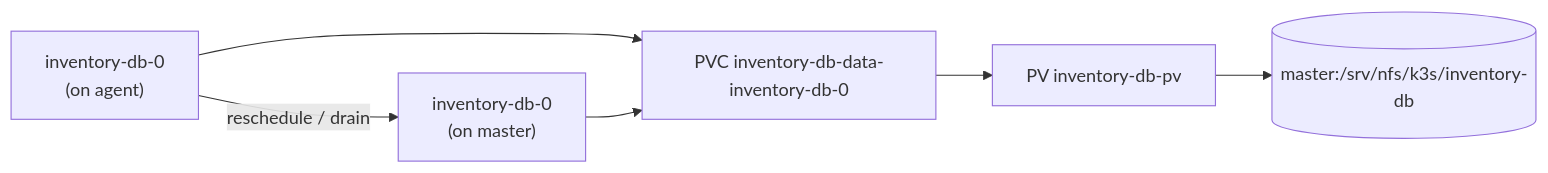
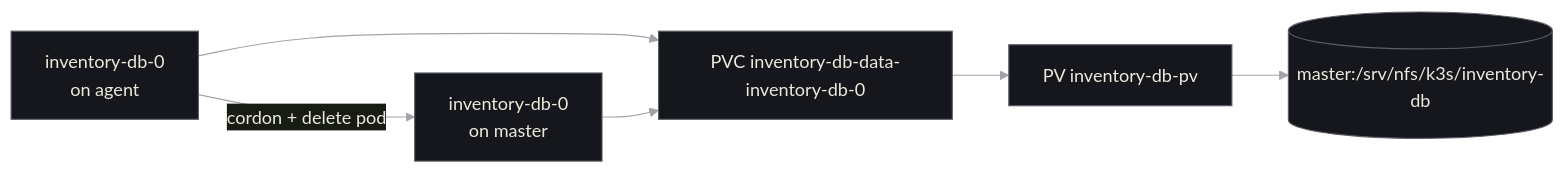
Before and after one commit to Alasmawi/orchestrator: the third of 3 diagrams in README.md, drawn with Mermaid. The commit also changed other lines of this file and 49 other files, not shown here.

First line of the commit message:
Make the audit pass as written; add diagrams and proof of state

````diff
--- a/README.md
+++ b/README.md
@@ -383,5 +311,6 @@
 ```mermaid
+%%{init: {"theme": "base", "themeVariables": {"background": "#0E0F12", "primaryColor": "#15171C", "primaryTextColor": "#EFE9DD", "primaryBorderColor": "#5C5E66", "lineColor": "#A3A4AB", "fontFamily": "JetBrains Mono, Menlo, monospace"}}}%%
 flowchart LR
-    pod1["inventory-db-0<br/>(on agent)"] -- "reschedule / drain" --> pod2["inventory-db-0<br/>(on master)"]
-    pod1 & pod2 --> pvc["PVC inventory-db-data-inventory-db-0"] --> pv["PV inventory-db-pv"] --> nfs[("master:/srv/nfs/k3s/inventory-db")]
+    a["inventory-db-0<br/>on agent"] -- "cordon + delete pod" --> b["inventory-db-0<br/>on master"]
+    a & b --> pvc["PVC inventory-db-data-inventory-db-0"] --> pv["PV inventory-db-pv"] --> nfs[("master:/srv/nfs/k3s/inventory-db")]
 ```
````
